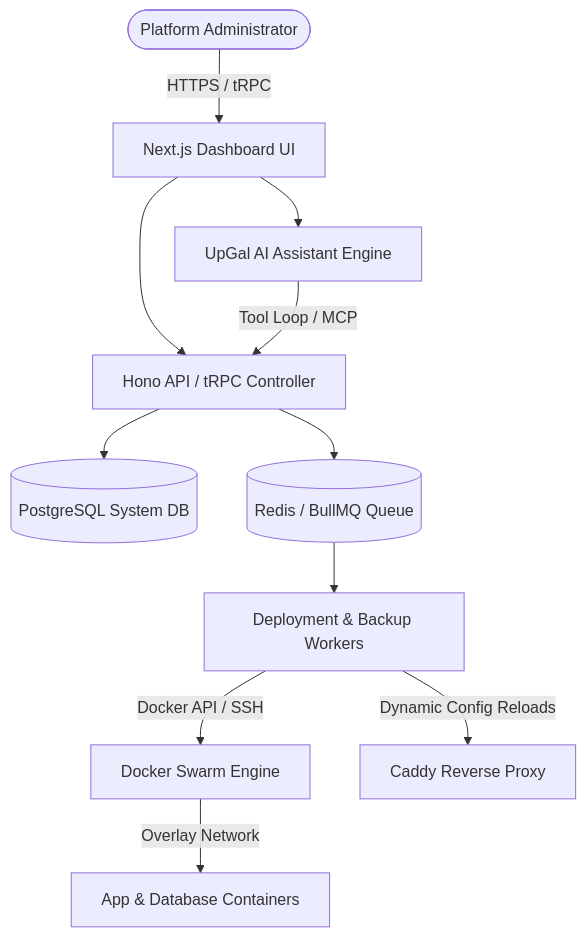
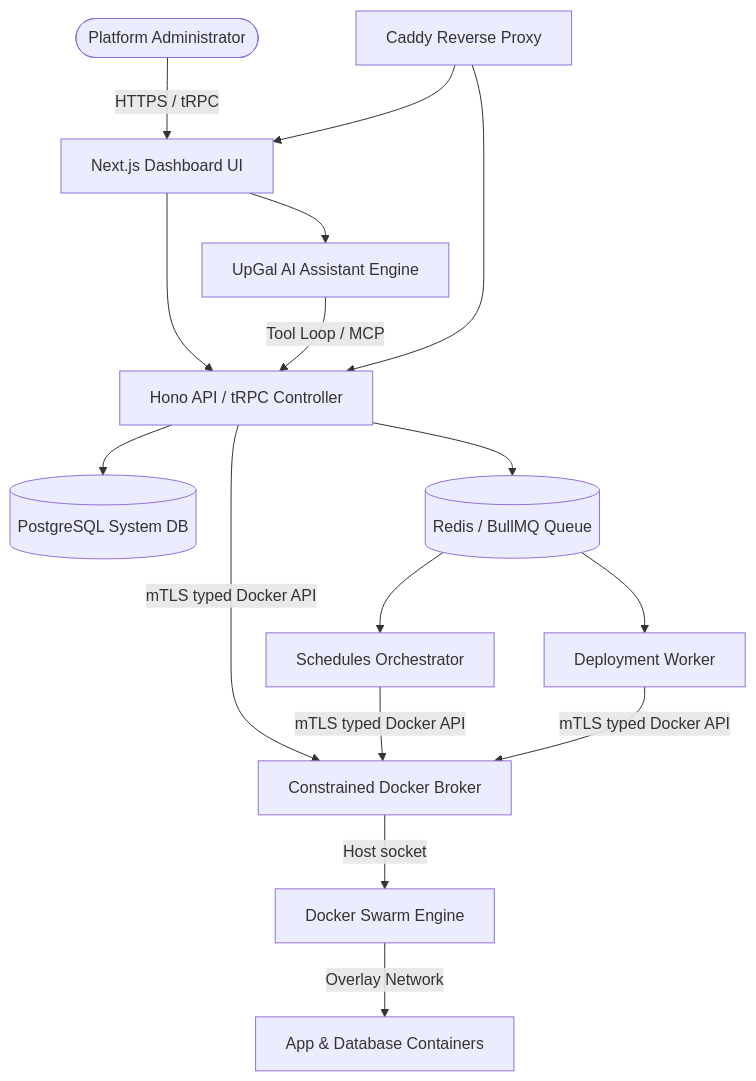
The diagram in apps/fumadocs/content/docs/getting-started/index.mdx (UpstandPlatform/upstand), drawn with Mermaid before and after one commit. The commit also changed other lines of this file and 16 other files, not shown here.

````diff
--- a/apps/fumadocs/content/docs/getting-started/index.mdx
+++ b/apps/fumadocs/content/docs/getting-started/index.mdx
@@ -16,13 +16,18 @@
 ```mermaid
 flowchart TD
     Admin([Platform Administrator]) -->|HTTPS / tRPC| Web[Next.js Dashboard UI]
     Web --> Server[Hono API / tRPC Controller]
     Web --> UpGal[UpGal AI Assistant Engine]
     UpGal -->|Tool Loop / MCP| Server
     Server --> DB[(PostgreSQL System DB)]
     Server --> Queue[(Redis / BullMQ Queue)]
-    Queue --> Worker[Deployment & Backup Workers]
-    Worker -->|Docker API / SSH| Engine[Docker Swarm Engine]
-    Worker -->|Dynamic Config Reloads| Caddy[Caddy Reverse Proxy]
-    Engine -->|Overlay Network| Containers["App & Database Containers"]
+    Queue --> Schedules[Schedules Orchestrator]
+    Queue --> DeployWorker[Deployment Worker]
+    Server -->|mTLS typed Docker API| Broker[Constrained Docker Broker]
+    Schedules -->|mTLS typed Docker API| Broker
+    DeployWorker -->|mTLS typed Docker API| Broker
+    Broker -->|Host socket| Swarm[Docker Swarm Engine]
+    Caddy[Caddy Reverse Proxy] --> Web
+    Caddy --> Server
+    Swarm -->|Overlay Network| Containers["App & Database Containers"]
 ```
````
